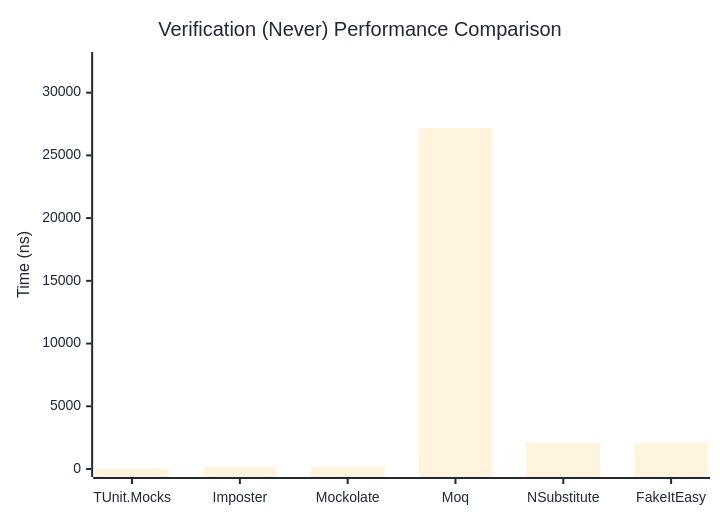
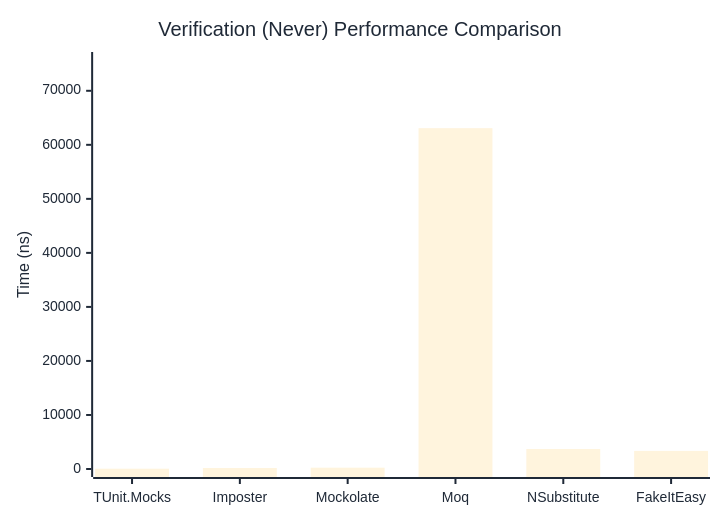
The second of 3 diagrams in docs/docs/benchmarks/mocks/Verification.md (thomhurst/TUnit), drawn with Mermaid before and after one commit. The commit also changed other lines of this file and 14 other files, not shown here.

````diff
--- a/docs/docs/benchmarks/mocks/Verification.md
+++ b/docs/docs/benchmarks/mocks/Verification.md
@@ -71,27 +71,27 @@
 ```mermaid
 %%{init: {
   'theme':'base',
   'themeVariables': {
     'primaryColor': '#2563eb',
     'primaryTextColor': '#1f2937',
     'primaryBorderColor': '#1e40af',
     'lineColor': '#6b7280',
     'secondaryColor': '#7c3aed',
     'tertiaryColor': '#dc2626',
     'background': '#ffffff',
     'pie1': '#2563eb',
     'pie2': '#7c3aed',
     'pie3': '#dc2626',
     'pie4': '#f59e0b',
     'pie5': '#10b981',
     'pie6': '#06b6d4',
     'pie7': '#ec4899',
     'pie8': '#6366f1'
   }
 }}%%
 xychart-beta
   title "Verification (Never) Performance Comparison"
   x-axis ["TUnit.Mocks", "Imposter", "Mockolate", "Moq", "NSubstitute", "FakeItEasy"]
-  y-axis "Time (ns)" 0 --> 32604
-  bar [37.98, 193.69, 157.89, 27169.55, 2132.31, 2098.55]
+  y-axis "Time (ns)" 0 --> 75699
+  bar [56.9, 182.56, 244.02, 63082.1, 3701.95, 3347.7]
 ```
````
